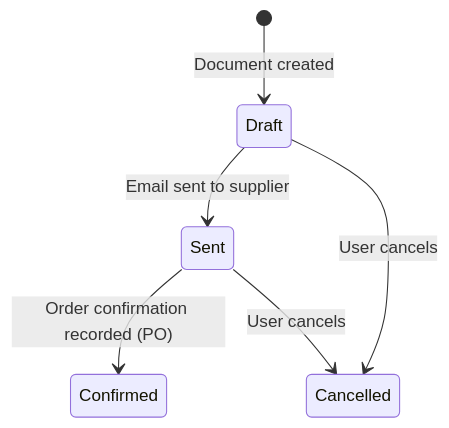
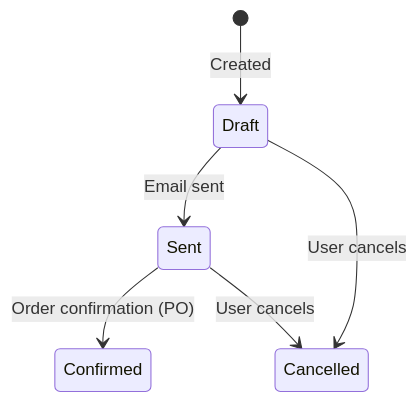
One commit to Skippy-code-604/westernwindows-ca changed the third of 6 diagrams in ww_portal_enterprise_docs.md. Above: the diagram before and after it, drawn with Mermaid. The commit also changed other lines of this file and 7 other files, not shown here.

````diff
--- a/ww_portal_enterprise_docs.md
+++ b/ww_portal_enterprise_docs.md
@@ -375,8 +335,8 @@
 ```mermaid
 stateDiagram-v2
-    [*] --> Draft : Document created
-    Draft --> Sent : Email sent to supplier
-    Sent --> Confirmed : Order confirmation recorded (PO)
+    [*] --> Draft : Created
+    Draft --> Sent : Email sent
+    Sent --> Confirmed : Order confirmation (PO)
     Draft --> Cancelled : User cancels
     Sent --> Cancelled : User cancels
 ```
````
